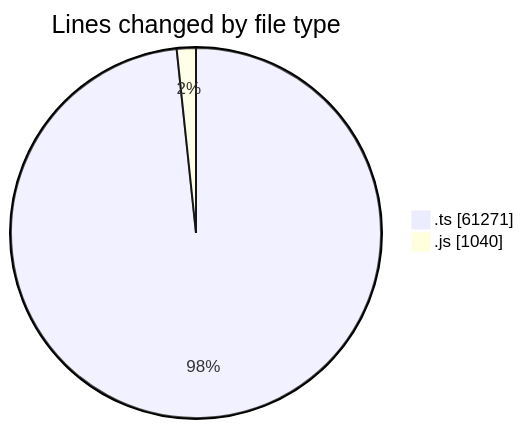
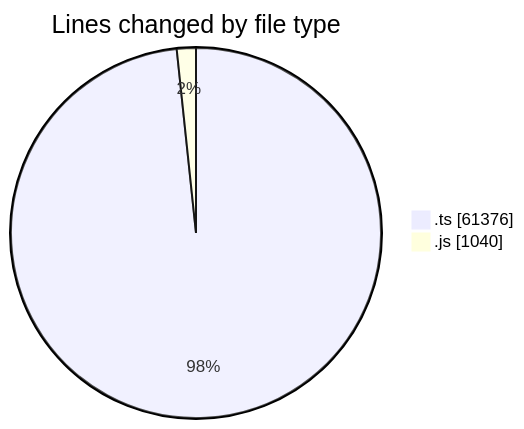
The first of 2 diagrams in 2025-09-29/cda/README.md (momahboobian/code-tracking), drawn with Mermaid before and after one commit. The commit also changed other lines of this file and 1 other file, not shown here.

````diff
--- a/2025-09-29/cda/README.md
+++ b/2025-09-29/cda/README.md
@@ -27,6 +27,6 @@
 ```mermaid
 pie showData
 title Lines changed by file type
-".ts" : 61271
+".ts" : 61376
 ".js" : 1040
 ```
````
